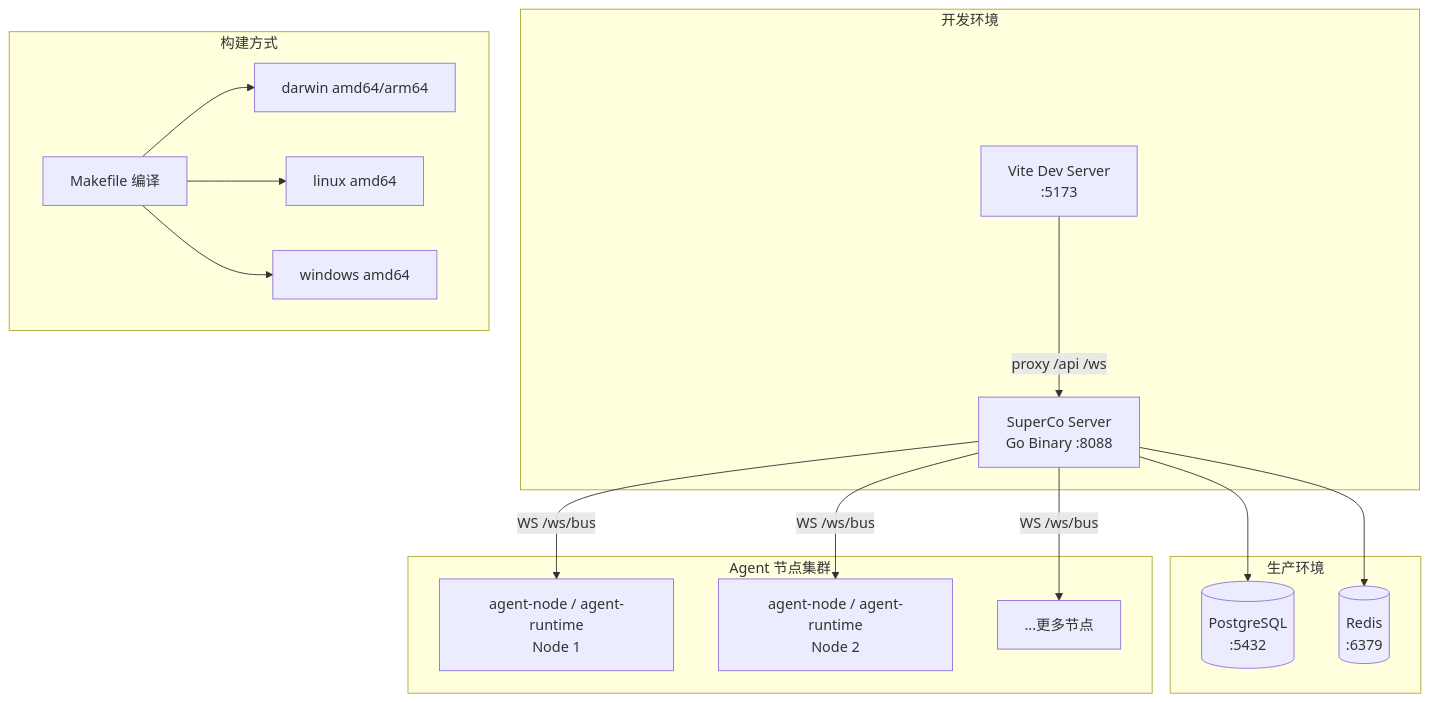
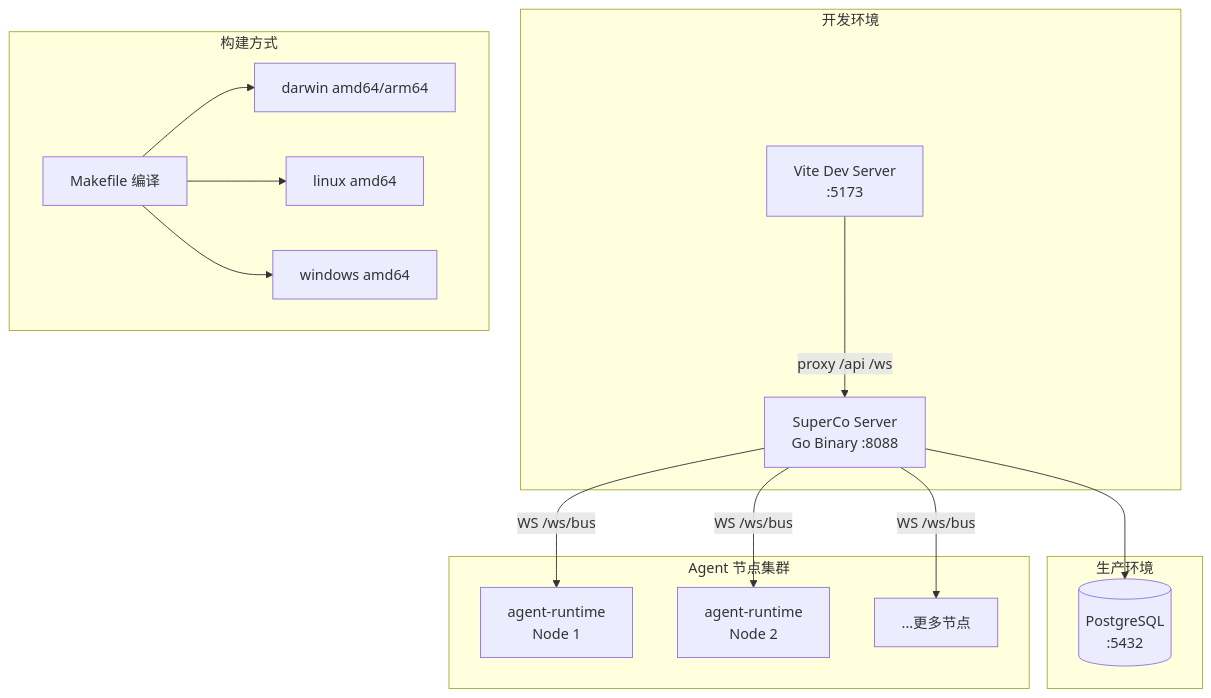
One commit to madage/coaether changed the ninth of 9 diagrams in 技术文档/SuperCo 技术架构全景.md. Above: the diagram before and after it, drawn with Mermaid. The commit also changed other lines of this file and 32 other files, not shown here.

First line of the commit message:
refactor: remove old agent-node system and Redis dependency, update docs

````diff
--- a/技术文档/SuperCo 技术架构全景.md
+++ b/技术文档/SuperCo 技术架构全景.md
@@ -540,32 +499,30 @@
 ```mermaid
 graph TB
     subgraph Dev["开发环境"]
         DEV["Vite Dev Server<br/>:5173"]
         DEV -->|"proxy /api /ws"| SRV
     end
 
     subgraph Prod["生产环境"]
         SRV["SuperCo Server<br/>Go Binary :8088"]
         PG[("PostgreSQL<br/>:5432")]
-        RD[("Redis<br/>:6379")]
     end
 
     subgraph Nodes["Agent 节点集群"]
-        N1["agent-node / agent-runtime<br/>Node 1"]
-        N2["agent-node / agent-runtime<br/>Node 2"]
+        N1["agent-runtime<br/>Node 1"]
+        N2["agent-runtime<br/>Node 2"]
         N3["...更多节点"]
     end
 
     subgraph Build["构建方式"]
         MK["Makefile 编译"]
         MK --> B1["darwin amd64/arm64"]
         MK --> B2["linux amd64"]
         MK --> B3["windows amd64"]
     end
 
     SRV --> PG
-    SRV --> RD
     SRV -->|"WS /ws/bus"| N1
     SRV -->|"WS /ws/bus"| N2
     SRV -->|"WS /ws/bus"| N3
 ```
````
